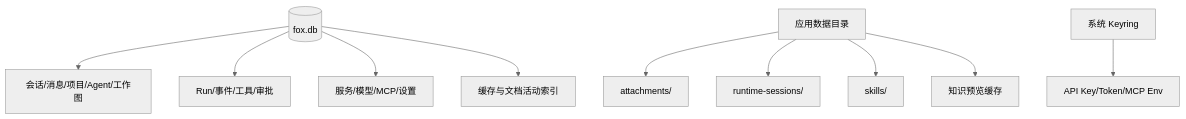
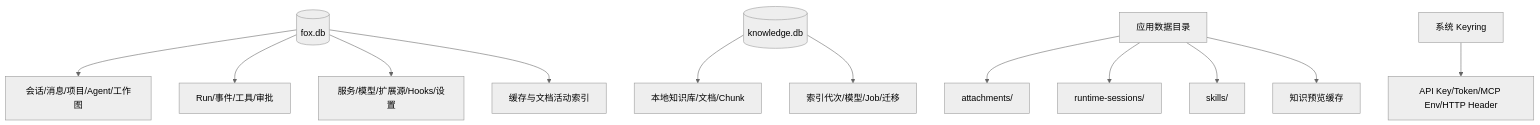
The first of 2 diagrams in docs/02-架构/数据架构.md (Hry1729/Fox-Agent), drawn with Mermaid (neutral theme) before and after one commit. The commit also changed other lines of this file and 224 other files, not shown here.

````diff
--- a/docs/02-架构/数据架构.md
+++ b/docs/02-架构/数据架构.md
@@ -18,13 +18,15 @@
 ```mermaid
 flowchart TD
     DB[("fox.db")]
     DB --> PRODUCT["会话/消息/项目/Agent/工作图"]
     DB --> RUN["Run/事件/工具/审批"]
-    DB --> CONFIG["服务/模型/MCP/设置"]
+    DB --> CONFIG["服务/模型/扩展源/Hooks/设置"]
     DB --> CACHEIDX["缓存与文档活动索引"]
+    KDB[("knowledge.db")] --> KPRODUCT["本地知识库/文档/Chunk"]
+    KDB --> KINDEX["索引代次/模型/Job/迁移"]
     FS["应用数据目录"] --> ATT["attachments/"]
     FS --> SESSION["runtime-sessions/"]
     FS --> SKILL["skills/"]
     FS --> CACHE["知识预览缓存"]
-    KEY["系统 Keyring"] --> SECRET["API Key/Token/MCP Env"]
+    KEY["系统 Keyring"] --> SECRET["API Key/Token/MCP Env/HTTP Header"]
 ```
````
